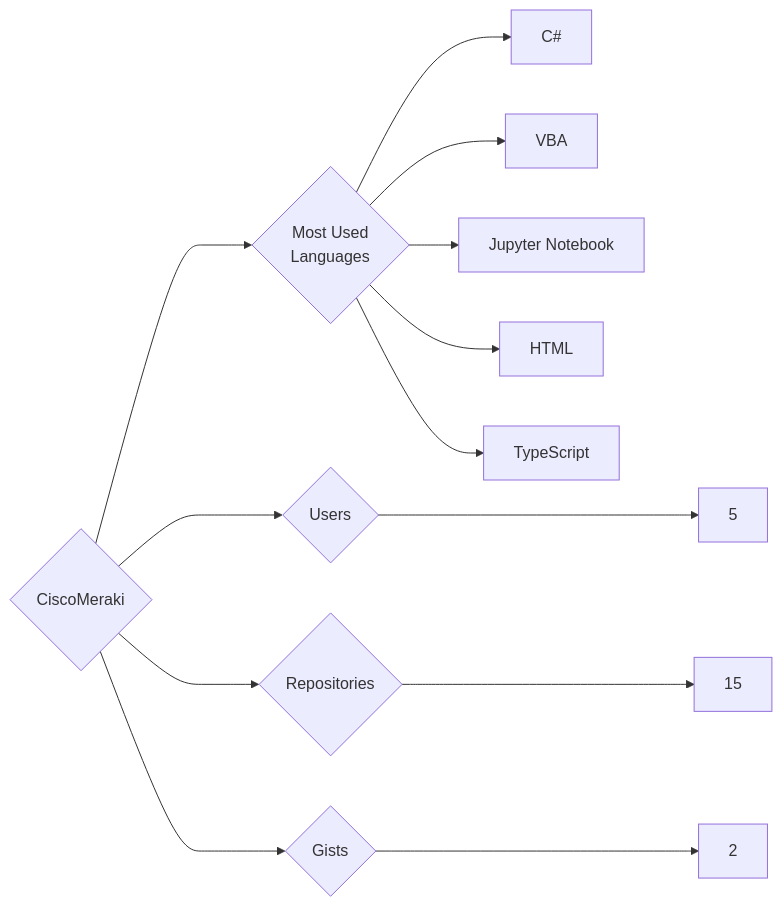
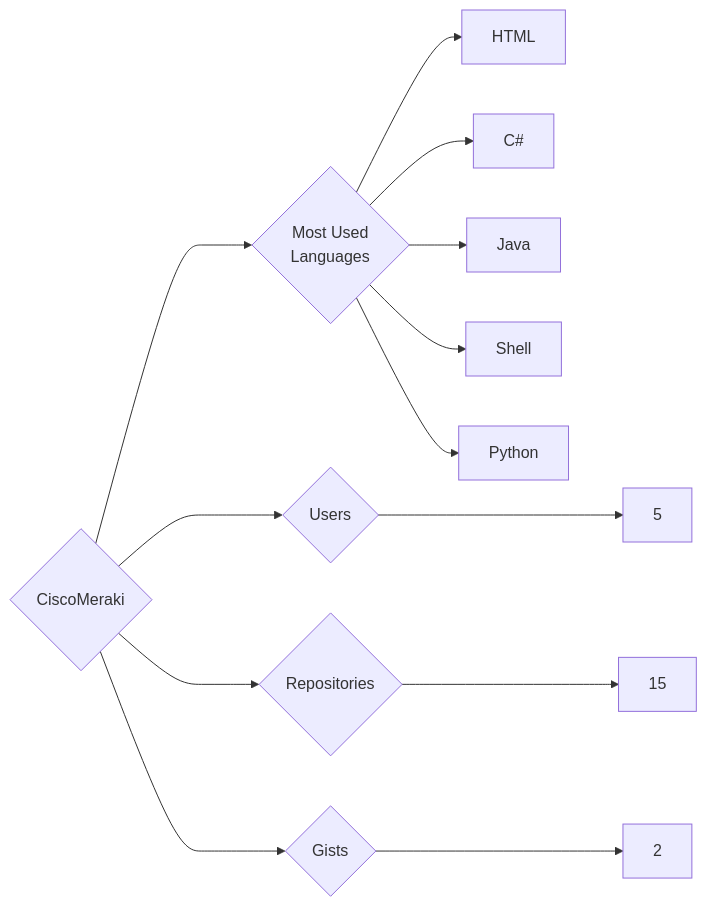
Before and after one commit to trickest/insiders: the diagram in targets/CiscoMeraki/README.md, drawn with Mermaid. The commit also changed 815 other files, not shown here.

````diff
--- a/targets/CiscoMeraki/README.md
+++ b/targets/CiscoMeraki/README.md
@@ -3,13 +3,13 @@
 ```mermaid
 graph LR
 COMPANY_NAME{CiscoMeraki}
 COMPANY_NAME ---> U{Users} ---> UN[5]
 COMPANY_NAME ---> R{Repositories} ---> RN[15]
 COMPANY_NAME ---> G{Gists} ---> GN[2]
 COMPANY_NAME ---> ML{Most Used<br>Languages}
+ML --> HTML[HTML]
 ML --> C#[C#]
-ML --> VBA[VBA]
-ML --> Jupyter_Notebook[Jupyter Notebook]
-ML --> HTML[HTML]
-ML --> TypeScript[TypeScript]
+ML --> Java[Java]
+ML --> Shell[Shell]
+ML --> Python[Python]
 ```
````
